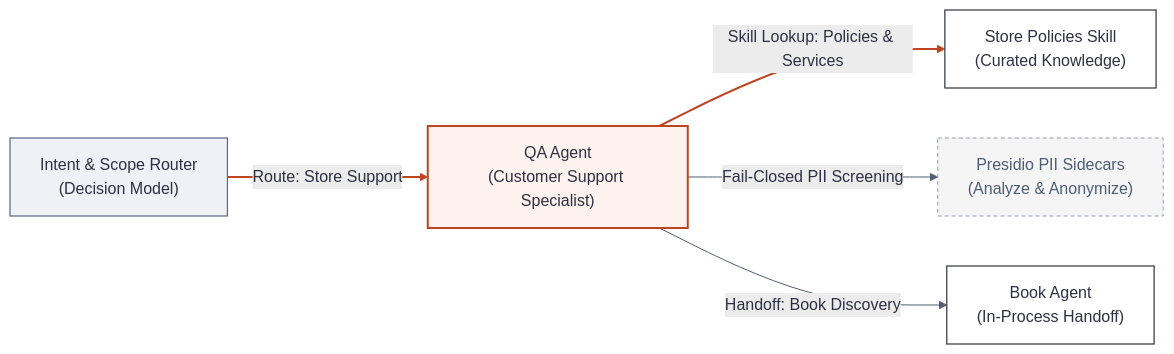
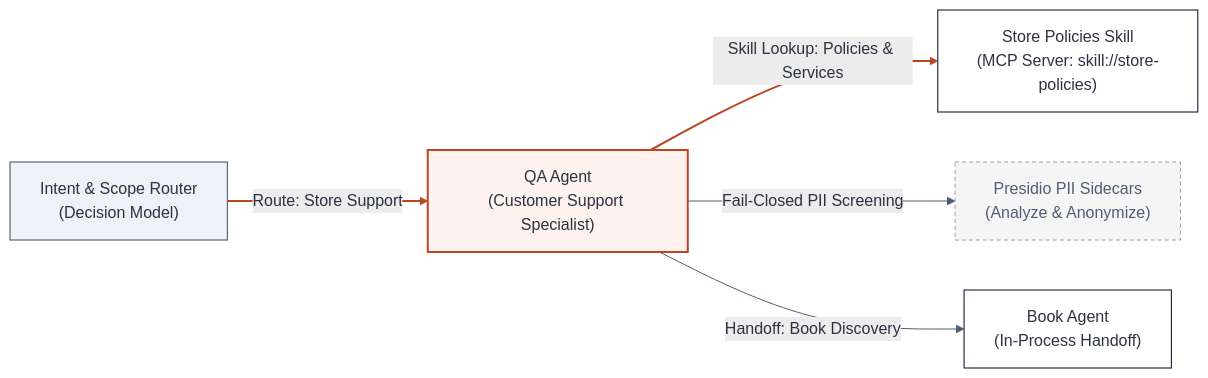
One commit to foxminchan/BookWorm changed the diagram in docs/domains/BookWorm/subdomains/Conversational/agents/qa-agent/mermaids/qa-agent-diagram-1.mmd. Above: the diagram before and after it, drawn with Mermaid. The commit also changed 67 other files, not shown here.

Commit message:
feat(mcp): serve and consume Agent Skills via ModelContextProtocol.Extensions.Skills (#1865)

```diff
--- a/docs/domains/BookWorm/subdomains/Conversational/agents/qa-agent/mermaids/qa-agent-diagram-1.mmd
+++ b/docs/domains/BookWorm/subdomains/Conversational/agents/qa-agent/mermaids/qa-agent-diagram-1.mmd
@@ -1,24 +1,24 @@
 %%{init: {'theme': 'base', 'themeVariables': {'background': '#f5f5f5', 'primaryColor': '#ffffff', 'primaryTextColor': '#2d3142', 'primaryBorderColor': '#2d3142', 'secondaryColor': '#ececec', 'secondaryBorderColor': '#4f5d75', 'tertiaryColor': '#fdf2ee', 'tertiaryBorderColor': '#bf4520', 'lineColor': '#4f5d75', 'textColor': '#2d3142', 'clusterBkg': '#f8f9fa', 'clusterBorder': '#bfc0c0', 'fontFamily': 'Geist, system-ui, sans-serif'}}}%%
 flowchart LR
 	router["Intent & Scope Router\n(Decision Model)"]
 	qa["QA Agent\n(Customer Support Specialist)"]
-	skills["Store Policies Skill\n(Curated Knowledge)"]
+	skills["Store Policies Skill\n(MCP Server: skill://store-policies)"]
 	presidio["Presidio PII Sidecars\n(Analyze & Anonymize)"]
 	book["Book Agent\n(In-Process Handoff)"]
 
 	router --> |"Route: Store Support"| qa
 	qa --> |"Skill Lookup: Policies & Services"| skills
 	qa --> |"Fail-Closed PII Screening"| presidio
 	qa --> |"Handoff: Book Discovery"| book
 
 	classDef focal fill:#fdf2ee,stroke:#bf4520,stroke-width:2px,color:#2d3142
 	classDef service fill:#ffffff,stroke:#2d3142,stroke-width:1.2px,color:#2d3142
 	classDef store fill:#ececec,stroke:#4f5d75,stroke-width:1.2px,color:#2d3142
 	classDef input fill:#eef1f6,stroke:#5a6580,stroke-width:1.2px,color:#2d3142
 	classDef ext fill:#f5f5f5,stroke:#949eb2,stroke-width:1px,stroke-dasharray:4 3,color:#4f5d75
 	class qa focal
 	class skills,book service
 	class router input
 	class presidio ext
 	linkStyle 0 stroke:#bf4520,stroke-width:2px
 	linkStyle 1 stroke:#bf4520,stroke-width:2px
```
